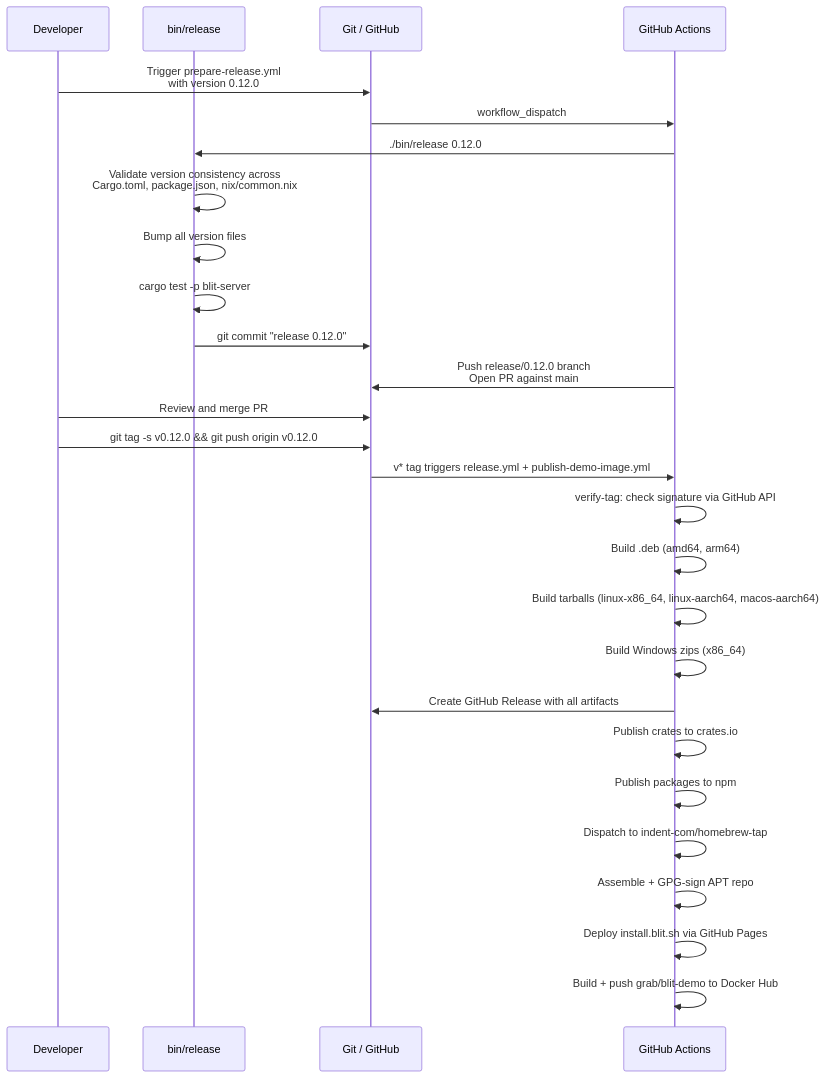
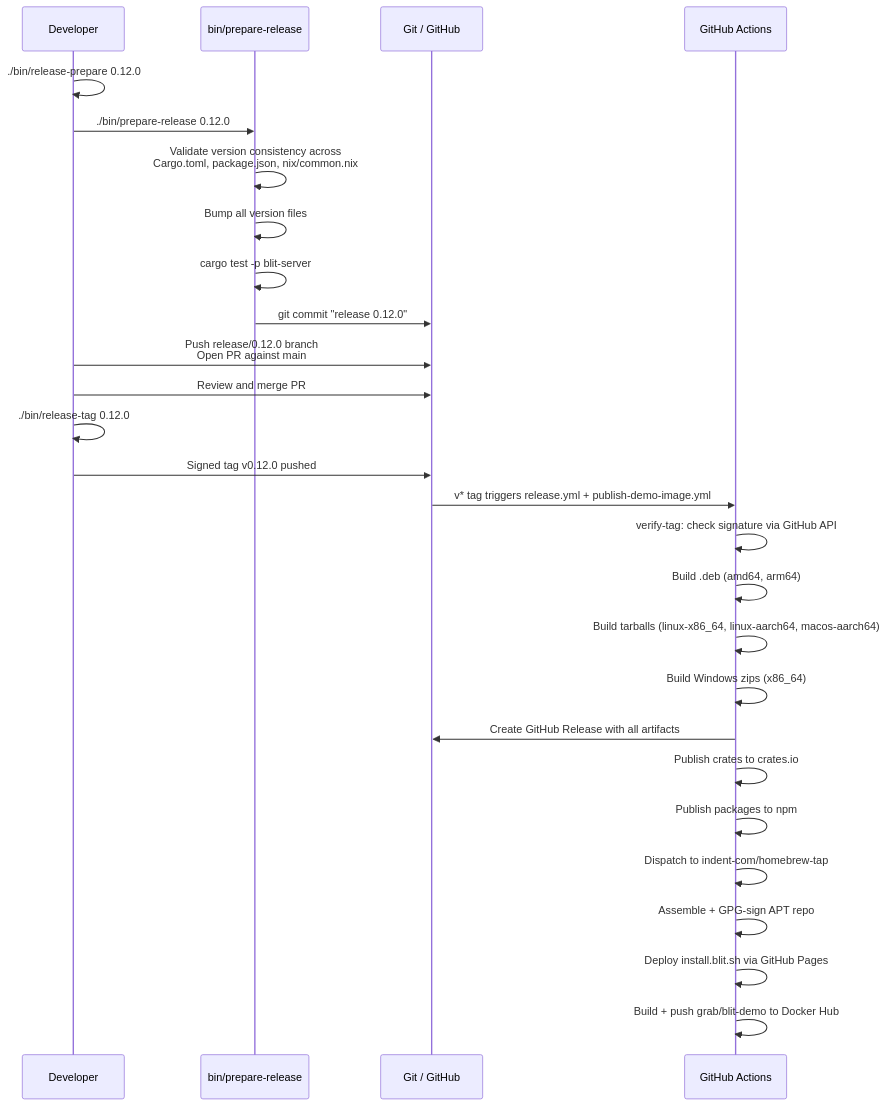
The seventh of 7 diagrams in SERVICES.md (pcarrier/btrm), drawn with Mermaid before and after one commit. The commit also changed other lines of this file and 5 other files, not shown here.

First line of the commit message:
Split bin/release into bin/release-prepare and bin/release-tag (#147)

````diff
--- a/SERVICES.md
+++ b/SERVICES.md
@@ -310,31 +300,31 @@
 ```mermaid
 sequenceDiagram
     participant Dev as Developer
-    participant Rel as bin/release
+    participant Rel as bin/prepare-release
     participant Git as Git / GitHub
     participant CI as GitHub Actions
 
-    Dev->>Git: Trigger prepare-release.yml<br>with version 0.12.0
-    Git->>CI: workflow_dispatch
-    CI->>Rel: ./bin/release 0.12.0
+    Dev->>Dev: ./bin/release-prepare 0.12.0
+    Dev->>Rel: ./bin/prepare-release 0.12.0
     Rel->>Rel: Validate version consistency across<br>Cargo.toml, package.json, nix/common.nix
     Rel->>Rel: Bump all version files
     Rel->>Rel: cargo test -p blit-server
     Rel->>Git: git commit "release 0.12.0"
-    CI->>Git: Push release/0.12.0 branch<br>Open PR against main
+    Dev->>Git: Push release/0.12.0 branch<br>Open PR against main
     Dev->>Git: Review and merge PR
-    Dev->>Git: git tag -s v0.12.0 && git push origin v0.12.0
+    Dev->>Dev: ./bin/release-tag 0.12.0
+    Dev->>Git: Signed tag v0.12.0 pushed
     Git->>CI: v* tag triggers release.yml + publish-demo-image.yml
     CI->>CI: verify-tag: check signature via GitHub API
 
     CI->>CI: Build .deb (amd64, arm64)
     CI->>CI: Build tarballs (linux-x86_64, linux-aarch64, macos-aarch64)
     CI->>CI: Build Windows zips (x86_64)
     CI->>Git: Create GitHub Release with all artifacts
     CI->>CI: Publish crates to crates.io
     CI->>CI: Publish packages to npm
     CI->>CI: Dispatch to indent-com/homebrew-tap
     CI->>CI: Assemble + GPG-sign APT repo
     CI->>CI: Deploy install.blit.sh via GitHub Pages
     CI->>CI: Build + push grab/blit-demo to Docker Hub
 ```
````
